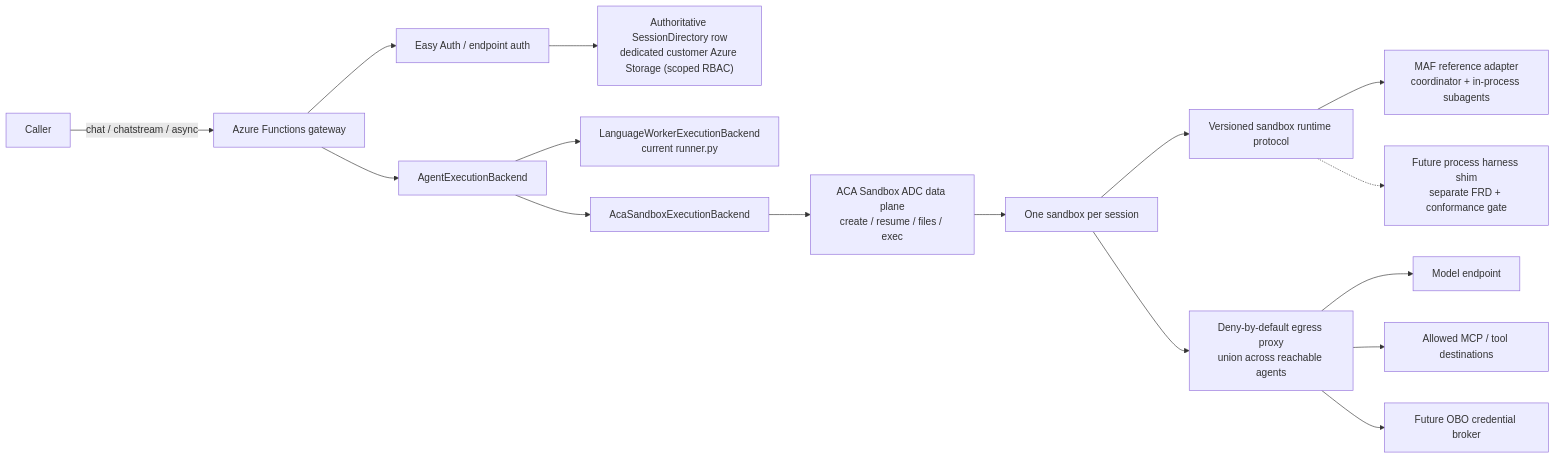
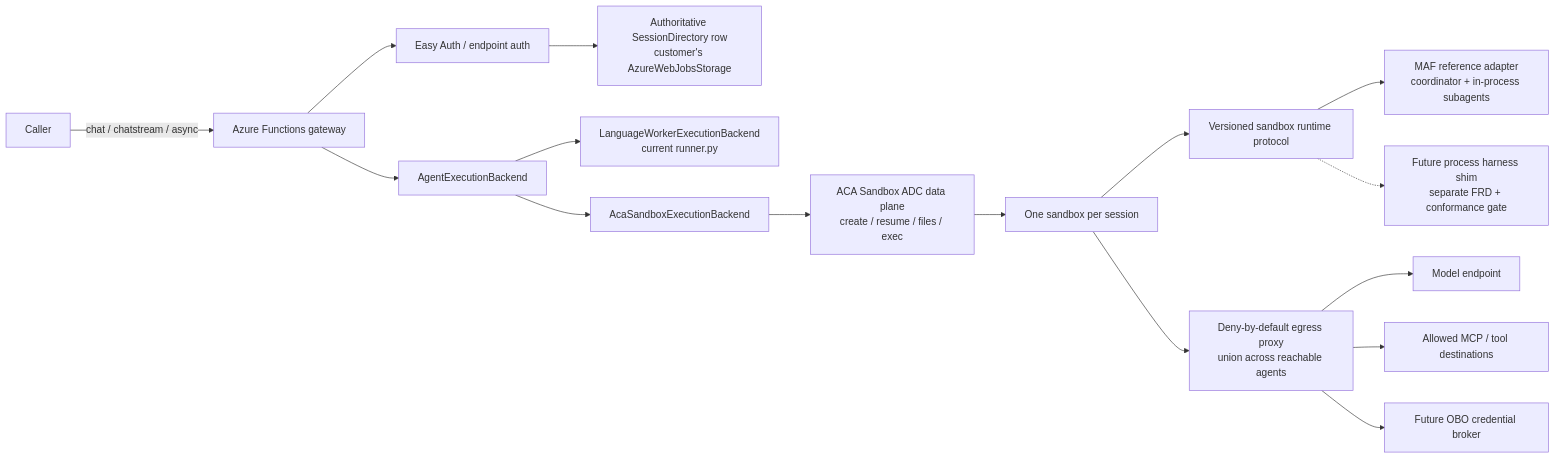
The diagram in docs/frds/0008-aca-sandbox-session-runtime.md (Azure/azure-functions-agents-runtime), drawn with Mermaid before and after one commit. The commit also changed other lines of this file and 7 other files, not shown here.

````diff
--- a/docs/frds/0008-aca-sandbox-session-runtime.md
+++ b/docs/frds/0008-aca-sandbox-session-runtime.md
@@ -87,18 +87,18 @@
 ```mermaid
 flowchart LR
     C["Caller"] -->|"chat / chatstream / async"| F["Azure Functions gateway"]
     F --> A["Easy Auth / endpoint auth"]
-    A --> D["Authoritative SessionDirectory row<br/>dedicated customer Azure Storage (scoped RBAC)"]
+    A --> D["Authoritative SessionDirectory row<br/>customer's AzureWebJobsStorage"]
     F --> E["AgentExecutionBackend"]
     E --> L["LanguageWorkerExecutionBackend<br/>current runner.py"]
     E --> S["AcaSandboxExecutionBackend"]
     S --> ADC["ACA Sandbox ADC data plane<br/>create / resume / files / exec"]
     ADC --> SB["One sandbox per session"]
     SB --> H["Versioned sandbox runtime protocol"]
     H --> M["MAF reference adapter<br/>coordinator + in-process subagents"]
     H -.-> X["Future process harness shim<br/>separate FRD + conformance gate"]
     SB --> P["Deny-by-default egress proxy<br/>union across reachable agents"]
     P --> AOAI["Model endpoint"]
     P --> MCP["Allowed MCP / tool destinations"]
     P --> B["Future OBO credential broker"]
 ```
````
